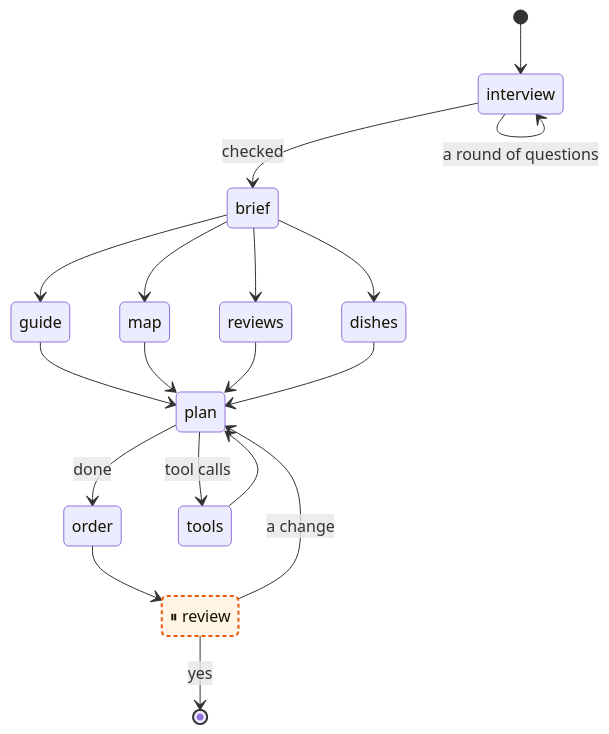
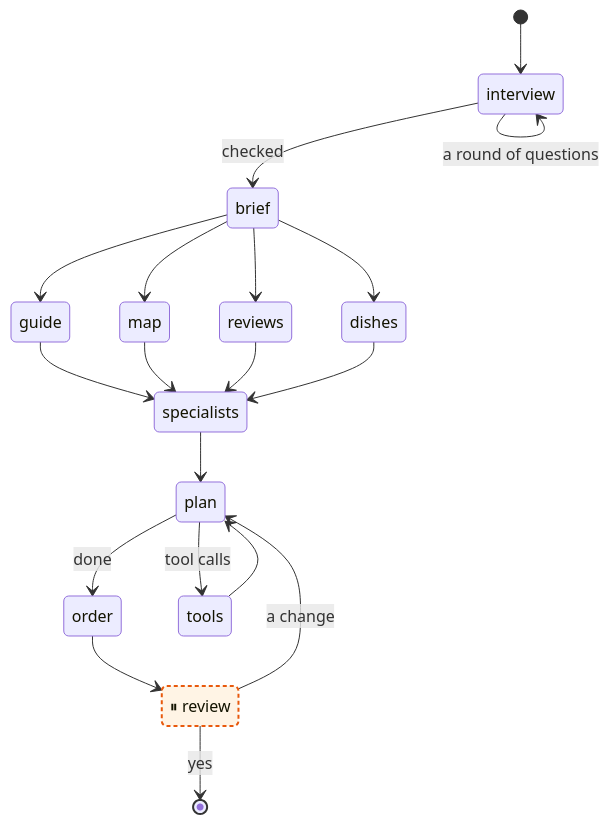
Before and after one commit to deeptelar/telar-foodie: the diagram in README.md, drawn with Mermaid. The commit also changed other lines of this file and 16 other files, not shown here.

````diff
--- a/README.md
+++ b/README.md
@@ -26,32 +26,34 @@
 ```mermaid
 stateDiagram-v2
     state "interview" as n0
     state "brief" as n1
     state "guide" as n2
     state "map" as n3
     state "reviews" as n4
     state "dishes" as n5
-    state "order" as n6
-    state "⏸ review" as n7
-    state "plan" as n8
-    state "tools" as n9
+    state "specialists" as n6
+    state "order" as n7
+    state "⏸ review" as n8
+    state "plan" as n9
+    state "tools" as n10
     [*] --> n0
     n0 --> n0 : a round of questions
     n0 --> n1 : checked
     n1 --> n2
     n1 --> n3
     n1 --> n4
     n1 --> n5
-    n2 --> n8
-    n3 --> n8
-    n4 --> n8
-    n5 --> n8
-    n6 --> n7
-    n7 --> n8 : a change
-    n7 --> [*] : yes
-    n8 --> n9 : tool calls
-    n8 --> n6 : done
-    n9 --> n8
+    n2 --> n6
+    n3 --> n6
+    n4 --> n6
+    n5 --> n6
+    n6 --> n9
+    n7 --> n8
+    n8 --> n9 : a change
+    n8 --> [*] : yes
+    n9 --> n10 : tool calls
+    n9 --> n7 : done
+    n10 --> n9
     classDef interrupt fill:#fff4e5,stroke:#e8590c,stroke-width:2px,stroke-dasharray:4 3
-    class n7 interrupt
+    class n8 interrupt
 ```
````
